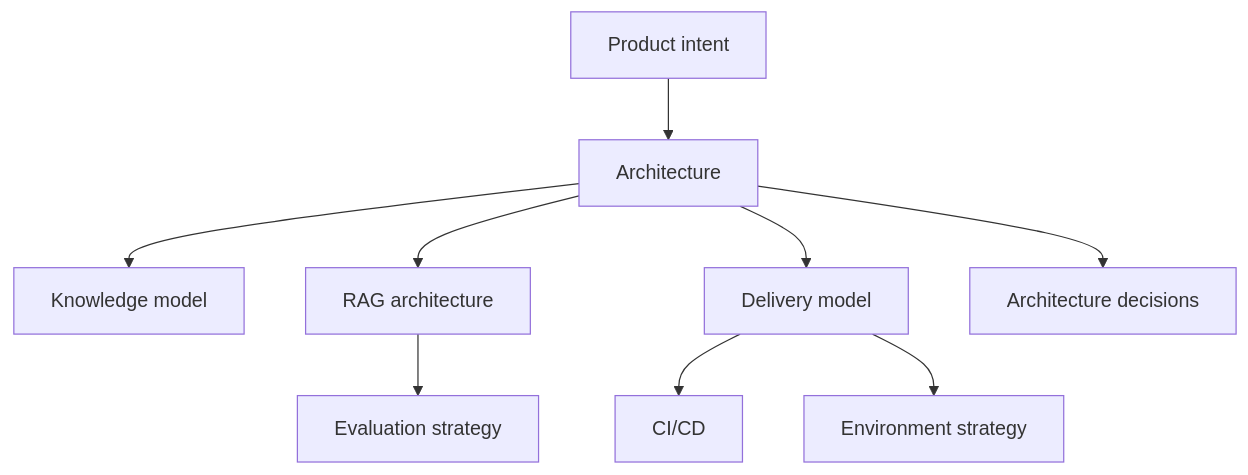
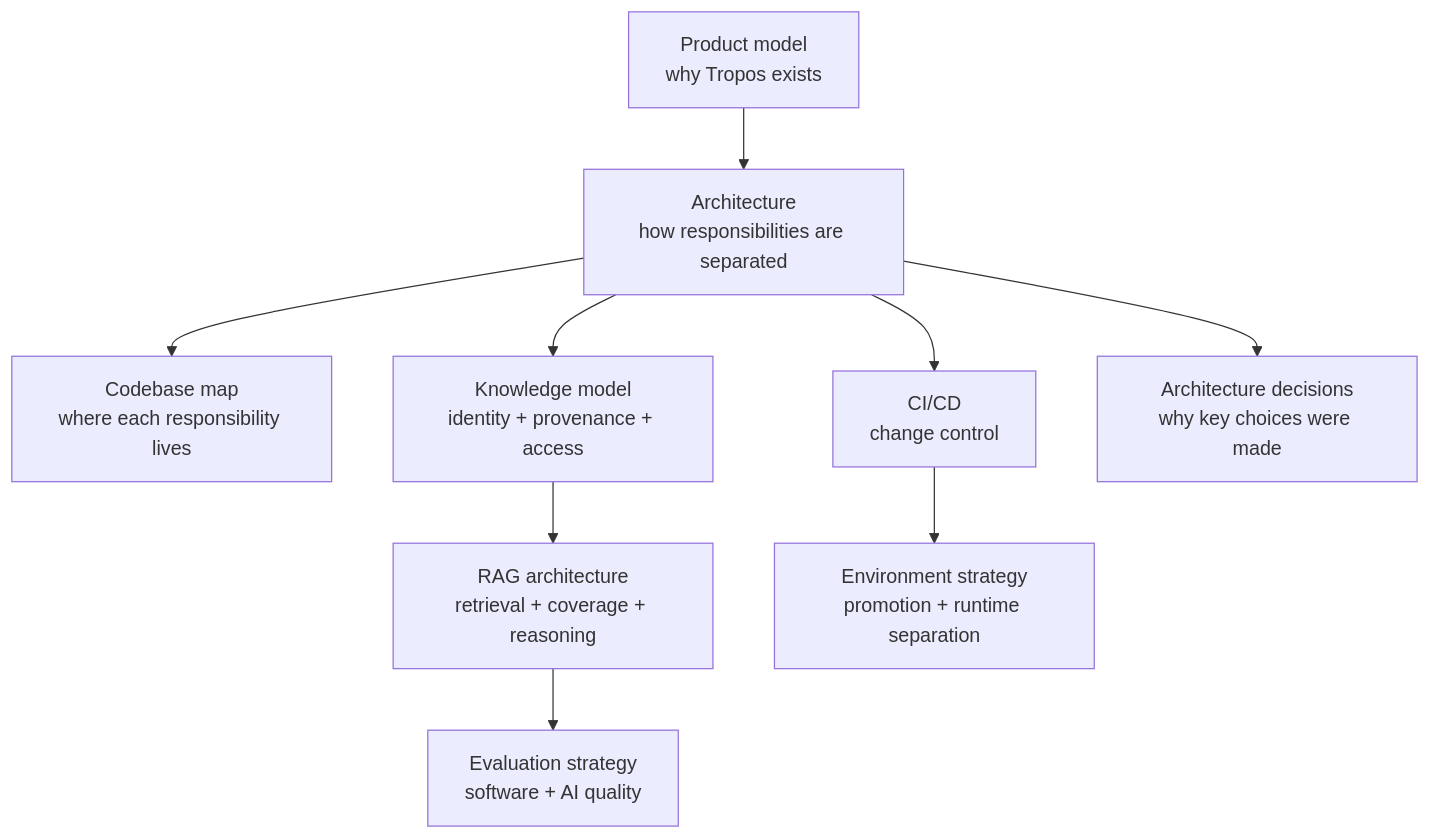
One commit to kumarchandansingh/tropos changed the first of 2 diagrams in docs/README.md. Above: the diagram before and after it, drawn with Mermaid. The commit also changed other lines of this file and 13 other files, not shown here.

Commit message:
docs: rebuild Tropos living architecture

````diff
--- a/docs/README.md
+++ b/docs/README.md
@@ -5,11 +9,21 @@
 ```mermaid
-flowchart TD
-    A[Product intent] --> B[Architecture]
-    B --> C[Knowledge model]
-    B --> D[RAG architecture]
-    D --> E[Evaluation strategy]
-    B --> F[Delivery model]
-    F --> G[CI/CD]
-    F --> H[Environment strategy]
-    B --> I[Architecture decisions]
+flowchart TB
+    Product[Product model<br/>why Tropos exists]
+    Arch[Architecture<br/>how responsibilities are separated]
+    Code[Codebase map<br/>where each responsibility lives]
+    KM[Knowledge model<br/>identity + provenance + access]
+    RAG[RAG architecture<br/>retrieval + coverage + reasoning]
+    Eval[Evaluation strategy<br/>software + AI quality]
+    CICD[CI/CD<br/>change control]
+    Env[Environment strategy<br/>promotion + runtime separation]
+    ADR[Architecture decisions<br/>why key choices were made]
+
+    Product --> Arch
+    Arch --> Code
+    Arch --> KM
+    KM --> RAG
+    RAG --> Eval
+    Arch --> CICD
+    CICD --> Env
+    Arch --> ADR
 ```
````
